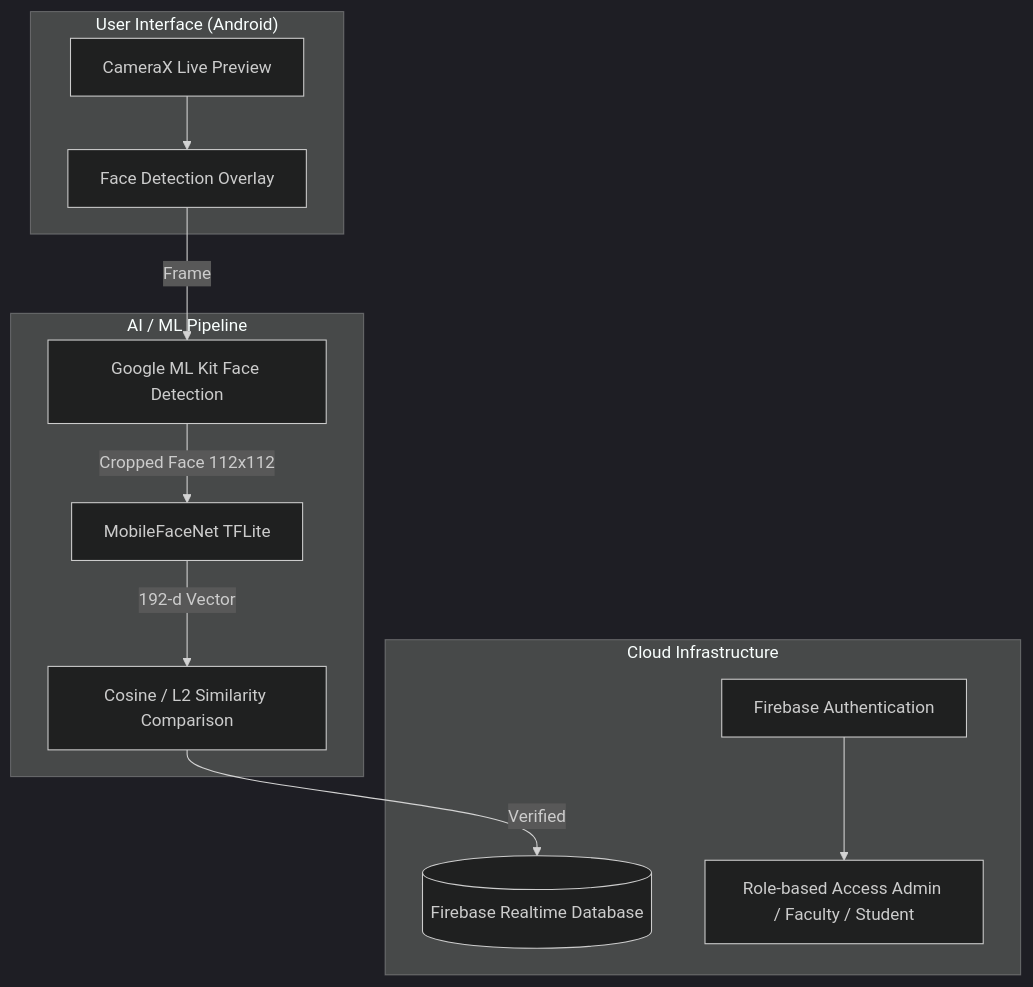
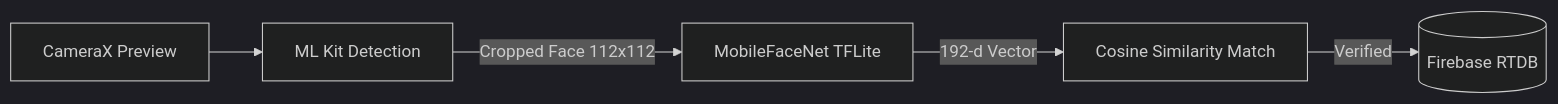
One commit to Vishva1605/Smart_Attendance_System_Using_FaceRecognition changed the diagram in README.md. Above: the diagram before and after it, drawn with Mermaid (dark theme). The commit also changed other lines of this file and 1 other file, not shown here.

````diff
--- a/README.md
+++ b/README.md
@@ -30,17 +75,7 @@
 ```mermaid
-flowchart TD
-    subgraph UI ["User Interface (Android)"]
-        A[CameraX Live Preview] --> B[Face Detection Overlay]
-    end
-
-    subgraph AI ["AI / ML Pipeline"]
-        B -->|Frame| C[Google ML Kit Face Detection]
-        C -->|Cropped Face 112x112| D[MobileFaceNet TFLite]
-        D -->|192-d Vector| E[Cosine / L2 Similarity Comparison]
-    end
-
-    subgraph Backend ["Cloud Infrastructure"]
-        E -->|Verified| F[(Firebase Realtime Database)]
-        G[Firebase Authentication] --> H[Role-based Access Admin / Faculty / Student]
-    end
+flowchart LR
+    A[CameraX Preview] --> B[ML Kit Detection]
+    B -->|Cropped Face 112x112| C[MobileFaceNet TFLite]
+    C -->|192-d Vector| D[Cosine Similarity Match]
+    D -->|Verified| E[(Firebase RTDB)]
 ```
````
